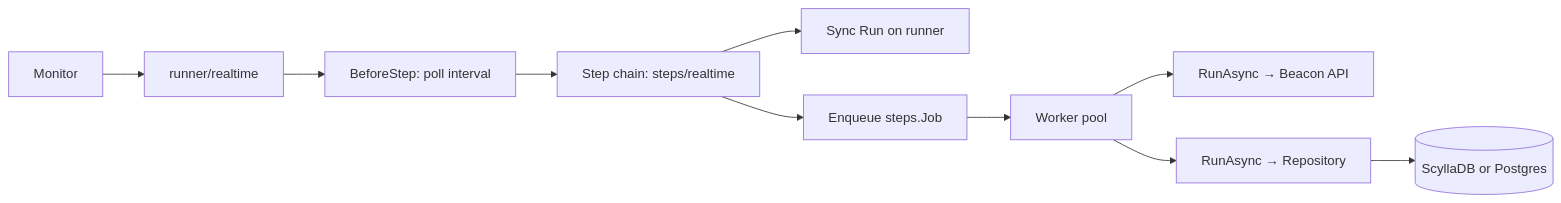
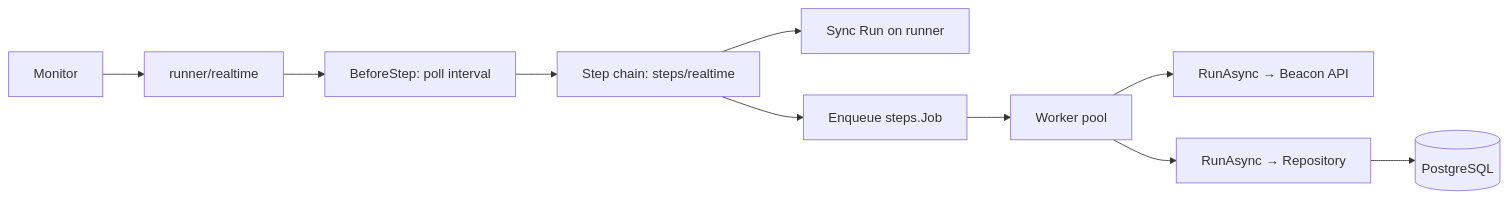
Before and after one commit to tharun-p/pauli: the diagram in readme.md, drawn with Mermaid. The commit also changed other lines of this file and 17 other files, not shown here.

Commit message:
Remove ScyllaDB; PostgreSQL-only storage

````diff
--- a/readme.md
+++ b/readme.md
@@ -164,12 +130,12 @@
 ```mermaid
 flowchart LR
     A[Monitor] --> B[runner/realtime]
     B --> C[BeforeStep: poll interval]
     C --> D[Step chain: steps/realtime]
     D --> E[Sync Run on runner]
     D --> F[Enqueue steps.Job]
     F --> G[Worker pool]
     G --> H[RunAsync → Beacon API]
     G --> I[RunAsync → Repository]
-    I --> J[(ScyllaDB or Postgres)]
+    I --> J[(PostgreSQL)]
 ```
````
